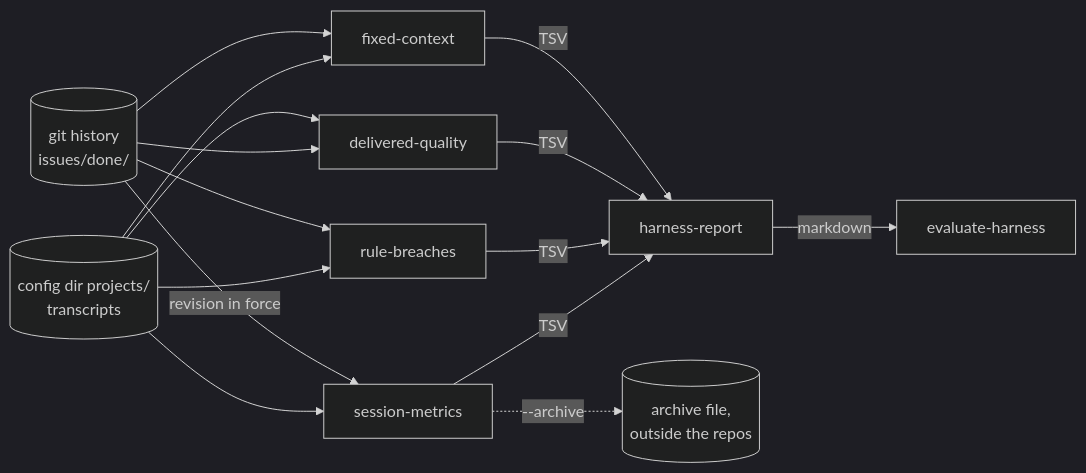
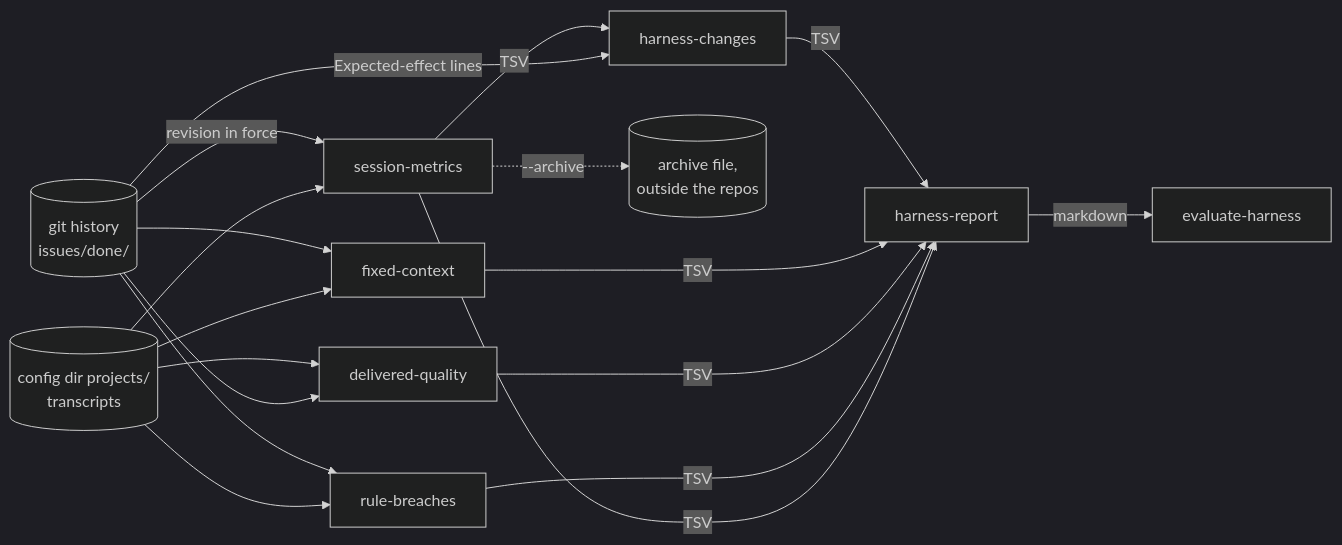
The fourth of 4 diagrams in docs/architecture.md (Electron-libre/agent-harness), drawn with Mermaid (dark theme) before and after one commit. The commit also changed other lines of this file and 7 other files, not shown here.

````diff
--- a/docs/architecture.md
+++ b/docs/architecture.md
@@ -201,17 +201,20 @@
 ```mermaid
 flowchart LR
   transcripts[("config dir projects/<br/>transcripts")] --> metrics["session-metrics"]
   transcripts --> breaches["rule-breaches"]
   transcripts --> context["fixed-context"]
   git[("git history<br/>issues/done/")] --> quality["delivered-quality"]
   transcripts --> quality
   git -->|revision in force| metrics
   git --> breaches
   git --> context
   metrics -->|TSV| report["harness-report"]
   breaches -->|TSV| report
   quality -->|TSV| report
   context -->|TSV| report
+  git -->|"Expected-effect lines"| changes["harness-changes"]
+  metrics -->|TSV| changes
+  changes -->|TSV| report
   metrics -.->|"--archive"| archive[("archive file,<br/>outside the repos")]
   report -->|markdown| skill["evaluate-harness"]
 ```
````
